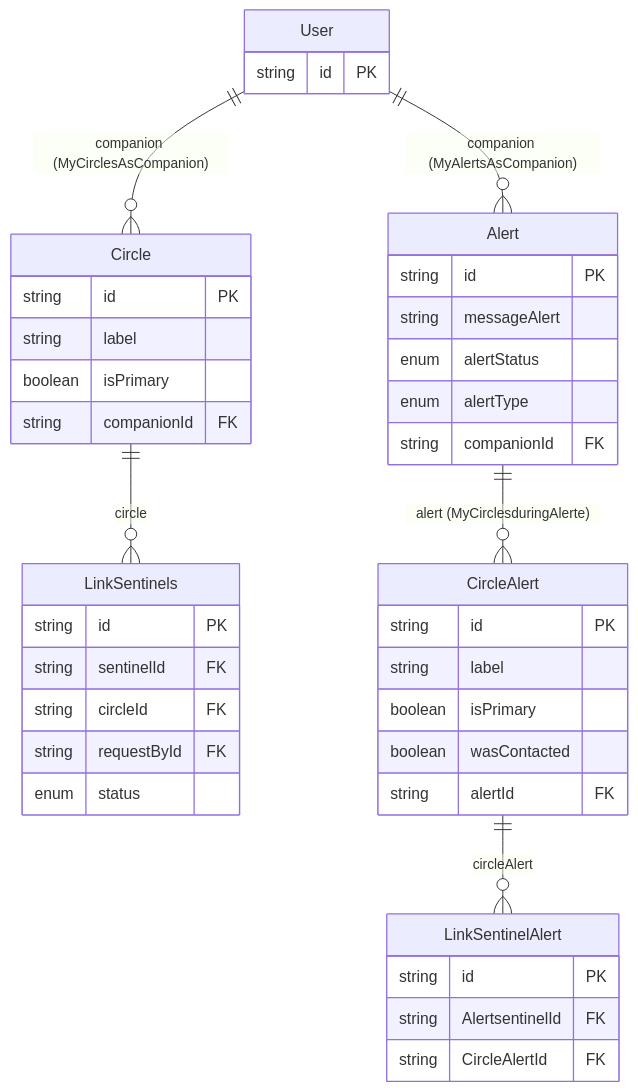
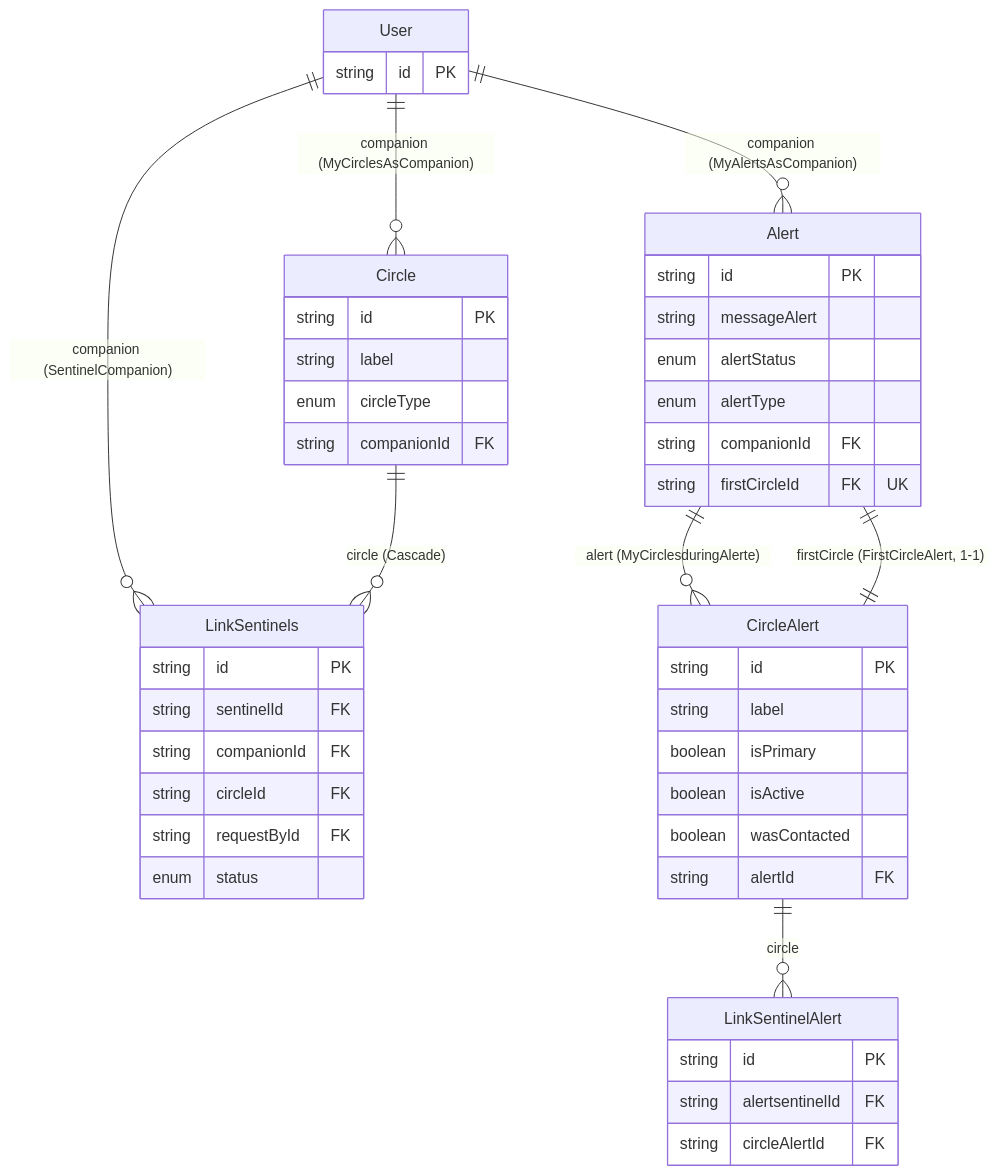
The third of 3 diagrams in backend/prisma/DB_schéma.md (Sylvfo/MySentinelCircle), drawn with Mermaid before and after one commit. The commit also changed other lines of this file and 2 other files, not shown here.

````diff
--- a/backend/prisma/DB_schéma.md
+++ b/backend/prisma/DB_schéma.md
@@ -132,44 +157,49 @@
 ```mermaid
 erDiagram
   User        ||--o{ Circle             : "companion (MyCirclesAsCompanion)"
   User        ||--o{ Alert              : "companion (MyAlertsAsCompanion)"
-  Circle      ||--o{ LinkSentinels      : "circle"
+  User        ||--o{ LinkSentinels      : "companion (SentinelCompanion)"
+  Circle      ||--o{ LinkSentinels      : "circle (Cascade)"
   Alert       ||--o{ CircleAlert        : "alert (MyCirclesduringAlerte)"
-  CircleAlert ||--o{ LinkSentinelAlert  : "circleAlert"
+  CircleAlert ||--||  Alert             : "firstCircle (FirstCircleAlert, 1-1)"
+  CircleAlert ||--o{ LinkSentinelAlert  : "circle"
 
   User {
     string id PK
   }
   Circle {
     string id PK
     string label
-    boolean isPrimary
+    enum   circleType
     string companionId FK
   }
   Alert {
     string id PK
     string messageAlert
     enum   alertStatus
     enum   alertType
     string companionId FK
+    string firstCircleId FK "UK"
   }
   LinkSentinels {
     string id PK
     string sentinelId FK
+    string companionId FK
     string circleId FK
     string requestById FK
     enum   status
   }
   CircleAlert {
     string id PK
     string label
     boolean isPrimary
+    boolean isActive
     boolean wasContacted
     string alertId FK
   }
   LinkSentinelAlert {
     string id PK
-    string AlertsentinelId FK
-    string CircleAlertId FK
+    string alertsentinelId FK
+    string circleAlertId FK
   }
 ```
````
